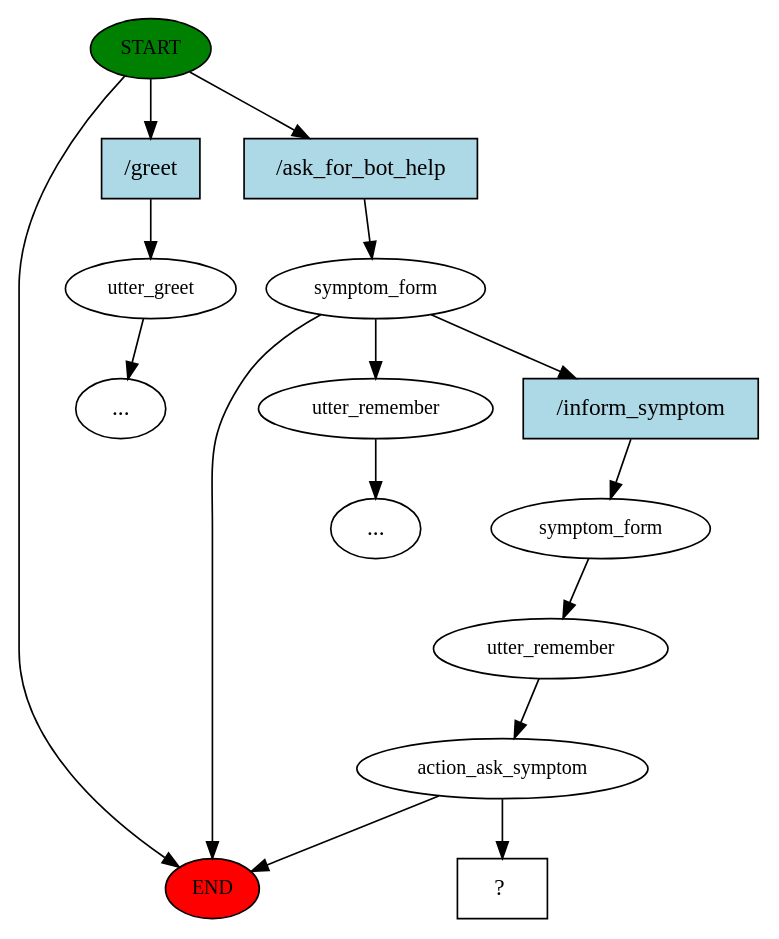
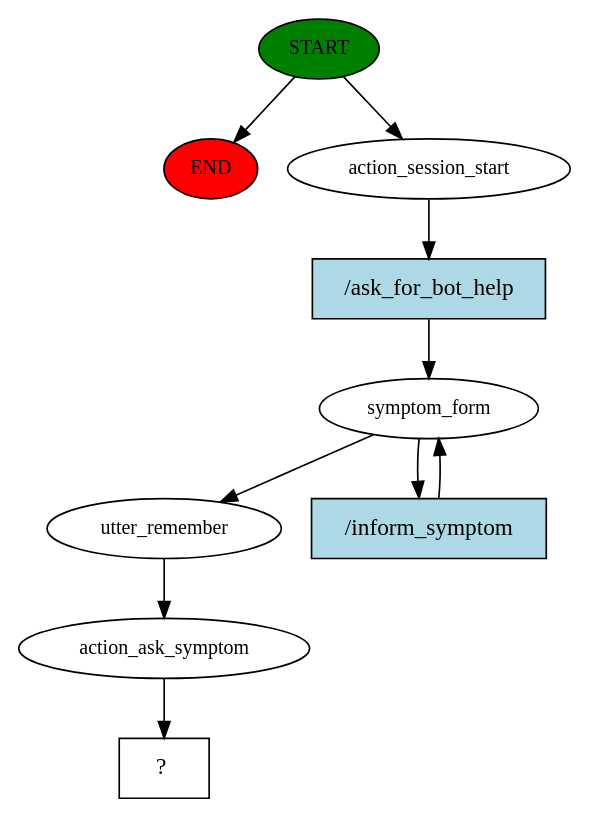
Before and after one commit to khetpatiparn/THAI_MED_BOT: the diagram in story_graph.dot, drawn with Graphviz. The commit also changed 106 other files, not shown here.

```diff
--- a/story_graph.dot
+++ b/story_graph.dot
@@ -1,31 +1,20 @@
 digraph  {
 0 [class="start active", fillcolor=green, fontsize=12, label=START, style=filled];
 "-1" [class=end, fillcolor=red, fontsize=12, label=END, style=filled];
-1 [class="", fontsize=12, label=utter_greet];
-"-5" [class=ellipsis, label="..."];
-4 [class=active, fontsize=12, label=symptom_form];
-5 [class="", fontsize=12, label=utter_remember];
-"-6" [class=ellipsis, label="..."];
-7 [class=active, fontsize=12, label=symptom_form];
-8 [class=active, fontsize=12, label=utter_remember];
-9 [class=active, fontsize=12, label=action_ask_symptom];
-23 [class="intent dashed active", label="  ?  ", shape=rect];
-24 [class=intent, fillcolor=lightblue, label="/greet", shape=rect, style=filled];
-25 [class="intent active", fillcolor=lightblue, label="/ask_for_bot_help", shape=rect, style=filled];
-26 [class="intent active", fillcolor=lightblue, label="/inform_symptom", shape=rect, style=filled];
+1 [class=active, fontsize=12, label=action_session_start];
+2 [class=active, fontsize=12, label=symptom_form];
+4 [class=active, fontsize=12, label=utter_remember];
+5 [class=active, fontsize=12, label=action_ask_symptom];
+6 [class="intent dashed active", label="  ?  ", shape=rect];
+7 [class="intent active", fillcolor=lightblue, label="/ask_for_bot_help", shape=rect, style=filled];
+8 [class="intent active", fillcolor=lightblue, label="/inform_symptom", shape=rect, style=filled];
 0 -> "-1"  [class="", key=NONE, label=""];
-0 -> 24  [class="", key=0];
-0 -> 25  [class=active, key=0];
-1 -> "-5"  [class="", key=NONE, label=""];
-4 -> 5  [class="", key=NONE, label=""];
-4 -> "-1"  [class="", key=NONE, label=""];
-4 -> 26  [class=active, key=0];
-5 -> "-6"  [class="", key=NONE, label=""];
-7 -> 8  [class=active, key=NONE, label=""];
-8 -> 9  [class=active, key=NONE, label=""];
-9 -> "-1"  [class="", key=NONE, label=""];
-9 -> 23  [class=active, key=NONE, label=""];
-24 -> 1  [class="", key=0];
-25 -> 4  [class=active, key=0];
-26 -> 7  [class=active, key=0];
+0 -> 1  [class=active, key=NONE, label=""];
+1 -> 7  [class=active, key=0];
+2 -> 4  [class=active, key=NONE, label=""];
+2 -> 8  [class=active, key=0];
+4 -> 5  [class=active, key=NONE, label=""];
+5 -> 6  [class=active, key=NONE, label=""];
+7 -> 2  [class=active, key=0];
+8 -> 2  [class=active, key=0];
 }
```
